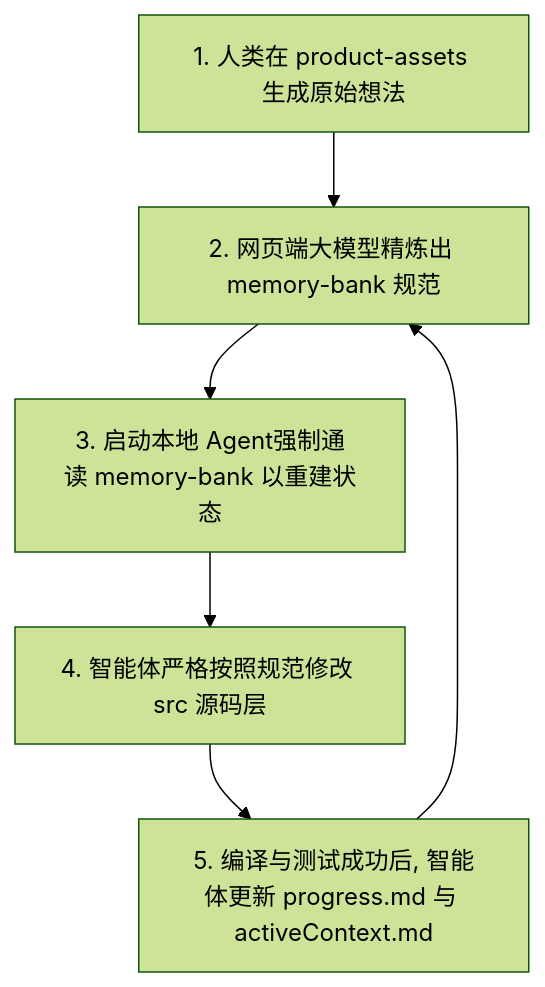
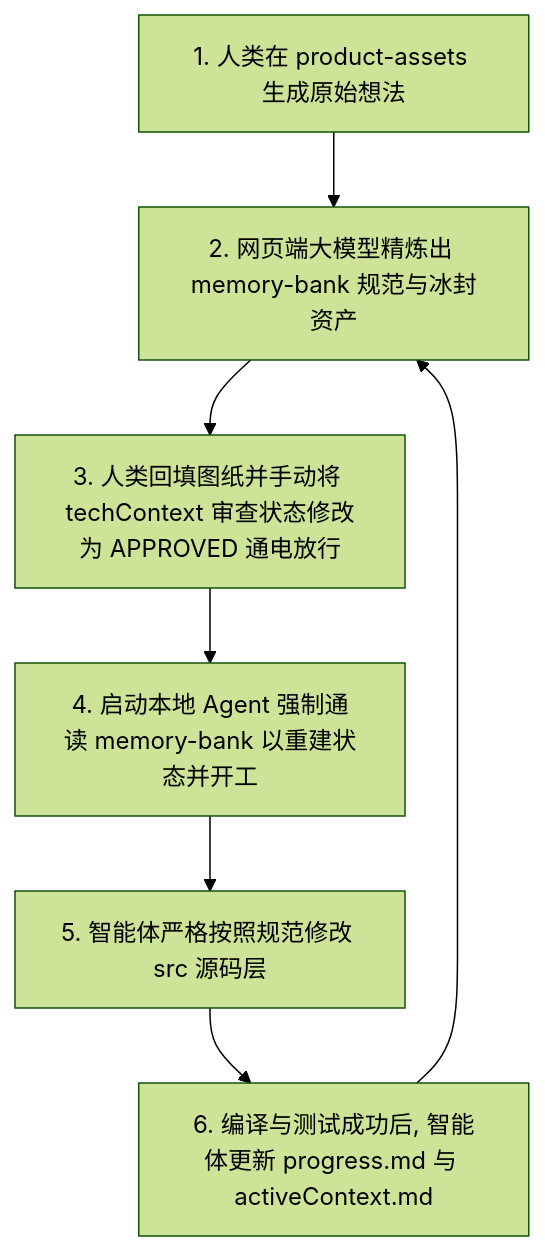
Before and after one commit to soyona/spec-driven-solo: the diagram in README.md, drawn with Mermaid (forest theme). The commit also changed other lines of this file and 2 other files, not shown here.

````diff
--- a/README.md
+++ b/README.md
@@ -102,9 +104,10 @@
 ```mermaid
 graph TD
-    A[1. 人类在 product-assets 生成原始想法] --> B[2. 网页端大模型精炼出 memory-bank 规范]
-    B --> C[3. 启动本地 Agent强制通读 memory-bank 以重建状态]
-    C --> D[4. 智能体严格按照规范修改 src 源码层]
-    D --> E[5. 编译与测试成功后, 智能体更新 progress.md 与 activeContext.md]
-    E --> B
+    A[1. 人类在 product-assets 生成原始想法] --> B[2. 网页端大模型精炼出 memory-bank 规范与冰封资产]
+    B --> C[3. 人类回填图纸并手动将 techContext 审查状态修改为 APPROVED 通电放行]
+    C --> D[4. 启动本地 Agent 强制通读 memory-bank 以重建状态并开工]
+    D --> E[5. 智能体严格按照规范修改 src 源码层]
+    E --> F[6. 编译与测试成功后, 智能体更新 progress.md 与 activeContext.md]
+    F --> B
 
 ```
````
